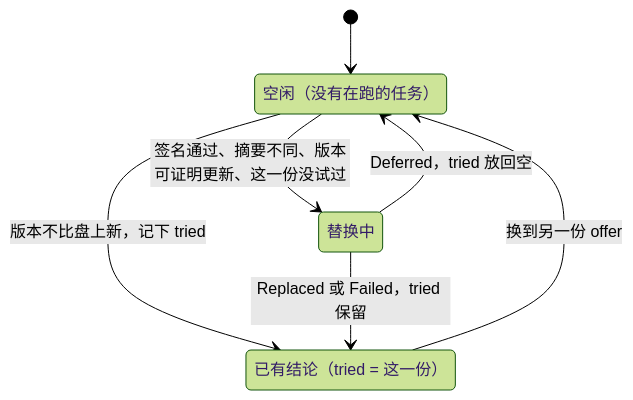
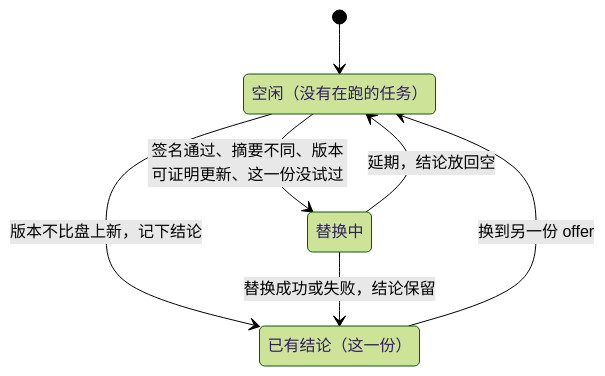
The eighth of 8 diagrams in docs/states.md (hiromuraki/mesh-client), drawn with Mermaid (forest theme) before and after one commit. The commit also changed other lines of this file and 14 other files, not shown here.

````diff
--- a/docs/states.md
+++ b/docs/states.md
@@ -347,12 +351,12 @@
 ```mermaid
 stateDiagram-v2
-    state "空闲（没有在跑的任务）" as Idle
-    state "替换中" as Replacing
-    state "已有结论（tried = 这一份）" as Concluded
-    [*] --> Idle
-    Idle --> Replacing: 签名通过、摘要不同、版本可证明更新、这一份没试过
-    Idle --> Concluded: 版本不比盘上新，记下 tried
-    Replacing --> Concluded: Replaced 或 Failed，tried 保留
-    Replacing --> Idle: Deferred，tried 放回空
-    Concluded --> Idle: 换到另一份 offer
+    state "空闲（没有在跑的任务）" as I
+    state "替换中" as R
+    state "已有结论（这一份）" as C
+    [*] --> I
+    I --> R: 签名通过、摘要不同、版本可证明更新、这一份没试过
+    I --> C: 版本不比盘上新，记下结论
+    R --> C: 替换成功或失败，结论保留
+    R --> I: 延期，结论放回空
+    C --> I: 换到另一份 offer
 ```
````
